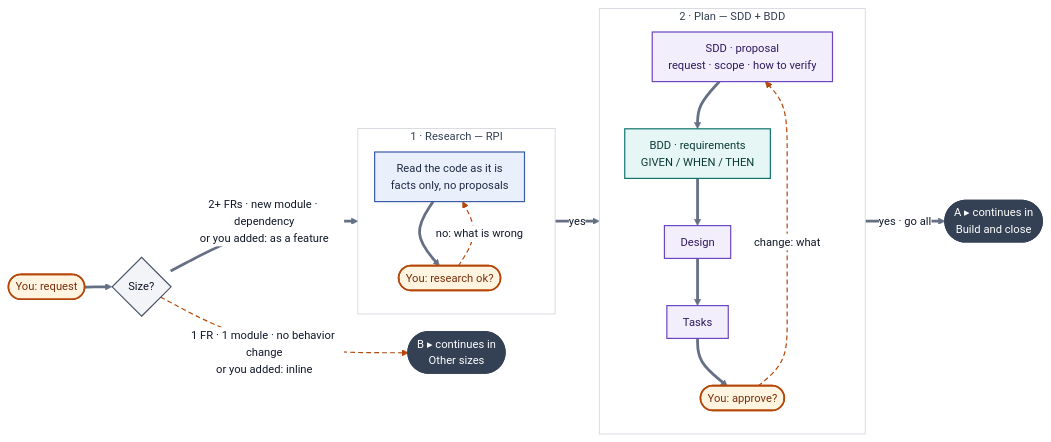
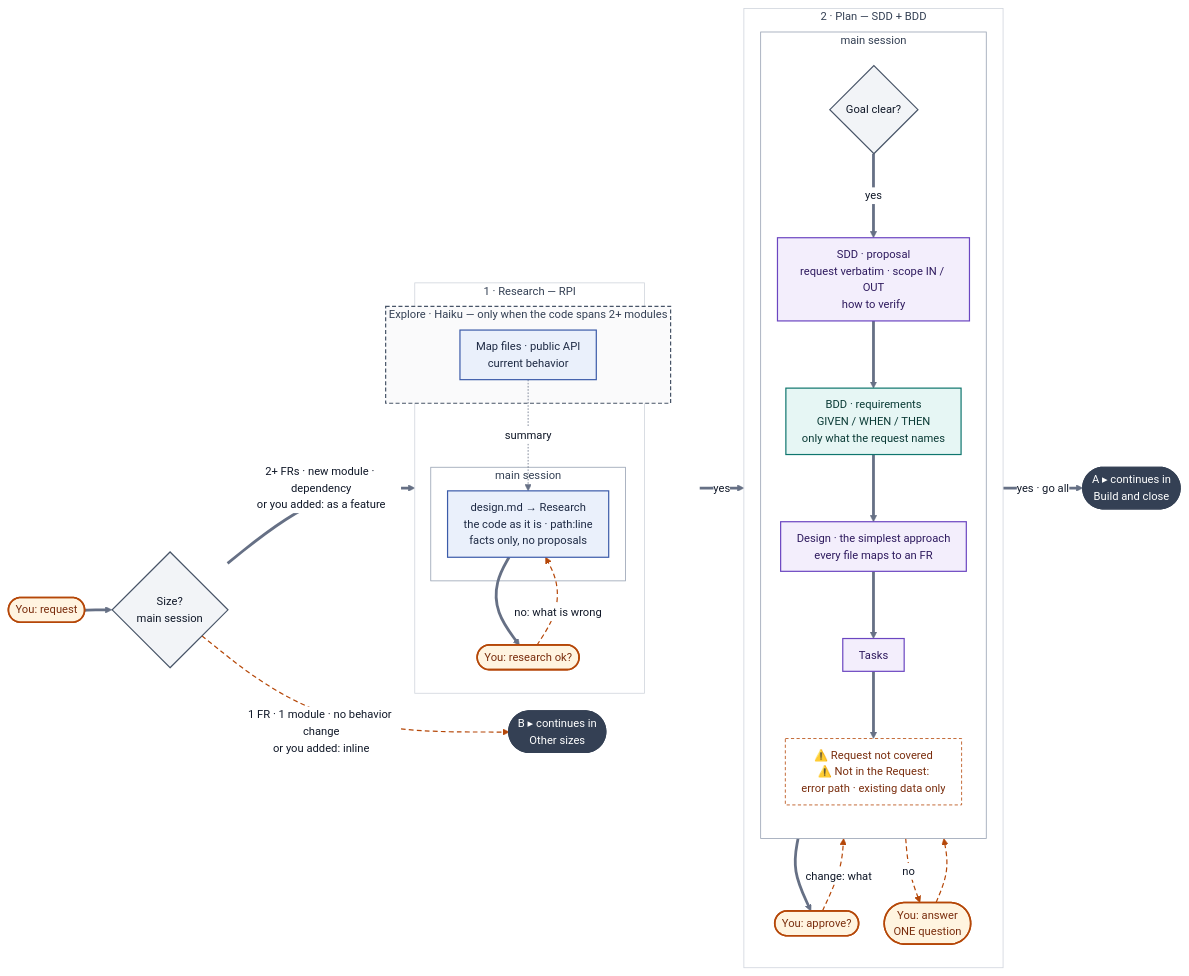
One commit to stevenhdz/spec-driven-development changed the first of 3 diagrams in README.md. Above: the diagram before and after it, drawn with Mermaid. The commit also changed other lines of this file, not shown here.

Commit message:
docs: flow diagrams show who runs each step

````diff
--- a/README.md
+++ b/README.md
@@ -55,40 +55,57 @@
 ```mermaid
 %%{init: {"theme": "base", "themeVariables": {"fontFamily": "-apple-system, BlinkMacSystemFont, Segoe UI, Noto Sans, Helvetica, Arial, sans-serif", "fontSize": "14px", "lineColor": "#667085", "primaryTextColor": "#101828", "clusterBkg": "#FFFFFF", "clusterBorder": "#D0D5DD", "edgeLabelBackground": "#FFFFFF", "titleColor": "#344054"}, "flowchart": {"curve": "basis", "nodeSpacing": 22, "rankSpacing": 34, "padding": 10}}}%%
 flowchart LR
     Q(["You: request"]):::human
-    SZ{"Size?"}:::auto
+    SZ{"Size?<br>main session"}:::auto
     O(["B ▸ continues in<br>Other sizes"]):::conn
     Q ==> SZ
     SZ ==>|"2+ FRs · new module · dependency<br>or you added: as a feature"| R
     SZ -.->|"1 FR · 1 module · no behavior change<br>or you added: inline"| O
     subgraph R ["1 · Research — RPI"]
         direction TB
-        RS["Read the code as it is<br>facts only, no proposals"]:::research
+        subgraph RX ["Explore · Haiku — only when the code spans 2+ modules"]
+            EX["Map files · public API<br>current behavior"]:::research
+        end
+        subgraph RM ["main session"]
+            RS["design.md → Research<br>the code as it is · path:line<br>facts only, no proposals"]:::research
+        end
         RA(["You: research ok?"]):::human
+        EX -.->|summary| RS
         RS ==> RA
         RA -.->|"no: what is wrong"| RS
     end
     subgraph P ["2 · Plan — SDD + BDD"]
         direction TB
-        S1["SDD · proposal<br>request · scope · how to verify"]:::sdd
-        S2["BDD · requirements<br>GIVEN / WHEN / THEN"]:::bdd
-        S3["Design"]:::sdd
-        S4["Tasks"]:::sdd
+        subgraph PM ["main session"]
+            direction TB
+            UQ{"Goal clear?"}:::auto
+            S1["SDD · proposal<br>request verbatim · scope IN / OUT<br>how to verify"]:::sdd
+            S2["BDD · requirements<br>GIVEN / WHEN / THEN<br>only what the request names"]:::bdd
+            S3["Design · the simplest approach<br>every file maps to an FR"]:::sdd
+            S4["Tasks"]:::sdd
+            FL["⚠️ Request not covered<br>⚠️ Not in the Request:<br>error path · existing data only"]:::note
+        end
+        QQ(["You: answer<br>ONE question"]):::human
         A(["You: approve?"]):::human
-        S1 ==> S2 ==> S3 ==> S4 ==> A
+        UQ ==>|yes| S1 ==> S2 ==> S3 ==> S4 ==> FL ==> A
+        UQ -.->|no| QQ
+        QQ -.-> UQ
         A -.->|"change: what"| S1
     end
     NX(["A ▸ continues in<br>Build and close"]):::conn
     R ==>|yes| P
     P ==>|"yes · go all"| NX
     classDef research fill:#EAF0FB,stroke:#3B5BA9,stroke-width:1.5px,color:#1E2A44
     classDef sdd fill:#F3EEFC,stroke:#6B46C1,stroke-width:1.5px,color:#2E1A5E
     classDef bdd fill:#E6F6F4,stroke:#0F766E,stroke-width:1.5px,color:#0B3B36
     classDef red fill:#FDECEC,stroke:#B42318,stroke-width:1.5px,color:#5C1010
     classDef green fill:#E7F6EC,stroke:#15803D,stroke-width:1.5px,color:#0B3D1E
     classDef auto fill:#F2F4F7,stroke:#475467,stroke-width:1.5px,color:#101828
     classDef human fill:#FFF4E0,stroke:#B54708,stroke-width:2px,color:#7A2E0E
     classDef note fill:#FFFFFF,stroke:#B54708,stroke-width:1px,stroke-dasharray:4 3,color:#7A2E0E
     classDef conn fill:#344054,stroke:#344054,stroke-width:1.5px,color:#FFFFFF
-    linkStyle 2,4,9 stroke:#B54708,stroke-width:1.5px,stroke-dasharray:6 4
+    linkStyle 2,5,12,13,14 stroke:#B54708,stroke-width:1.5px,stroke-dasharray:6 4
+    style RX fill:#FAFAFB,stroke:#475467,stroke-width:1.5px,stroke-dasharray:5 3
+    style RM fill:#FFFFFF,stroke:#98A2B3,stroke-width:1px
+    style PM fill:#FFFFFF,stroke:#98A2B3,stroke-width:1px
 ```
````
